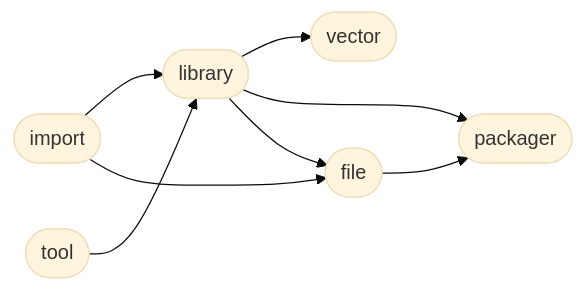
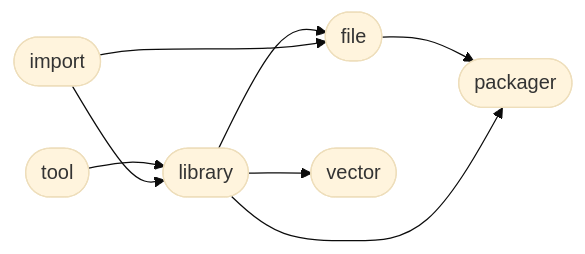
Before and after one commit to Mandera/Mandera: the diagram in README.md, drawn with Mermaid (base theme). The commit also changed other lines of this file, not shown here.

````diff
--- a/README.md
+++ b/README.md
@@ -6,16 +6,16 @@
 ```mermaid
 flowchart LR
 3([file]) --> 5([packager])
+2([library]) --> 4([vector])
+2([library]) --> 5([packager])
 1([tool]) --> 2([library])
-2([library]) --> 4([vector])
-0([import]) --> 2([library])
-2([library]) --> 5([packager])
 2([library]) --> 3([file])
 0([import]) --> 3([file])
+0([import]) --> 2([library])
 click 0 "https://github.com/ManderaGeneral/generalimport"
 click 1 "https://github.com/ManderaGeneral/generaltool"
 click 2 "https://github.com/ManderaGeneral/generallibrary"
 click 3 "https://github.com/ManderaGeneral/generalfile"
 click 4 "https://github.com/ManderaGeneral/generalvector"
 click 5 "https://github.com/ManderaGeneral/generalpackager"
 ```
````
